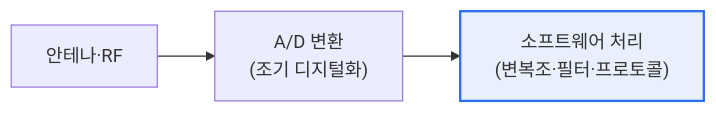
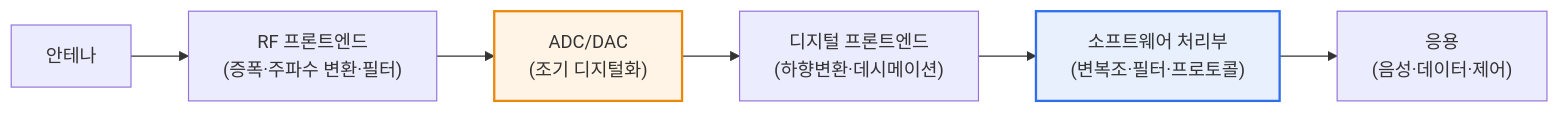
Before and after one commit to coninggu/wjdqhrhksflrltnftk: the first of 2 diagrams in content/sdr.md, drawn with Mermaid. The commit also changed other lines of this file and 3 other files, not shown here.

````diff
--- a/content/sdr.md
+++ b/content/sdr.md
@@ -15,5 +23,10 @@
 ```mermaid
 flowchart LR
-  A["안테나·RF"] --> ADC["A/D 변환<br/>(조기 디지털화)"] --> SW["소프트웨어 처리<br/>(변복조·필터·프로토콜)"]
+  ANT["안테나"] --> RF["RF 프론트엔드<br/>(증폭·주파수 변환·필터)"]
+  RF --> ADC["ADC/DAC<br/>(조기 디지털화)"]
+  ADC --> DFE["디지털 프론트엔드<br/>(하향변환·데시메이션)"]
+  DFE --> SW["소프트웨어 처리부<br/>(변복조·필터·프로토콜)"]
+  SW --> APP["응용<br/>(음성·데이터·제어)"]
   style SW fill:#e8f0fe,stroke:#2f6fed,stroke-width:2px
+  style ADC fill:#fff4e5,stroke:#e8890c,stroke-width:2px
 ```
````
